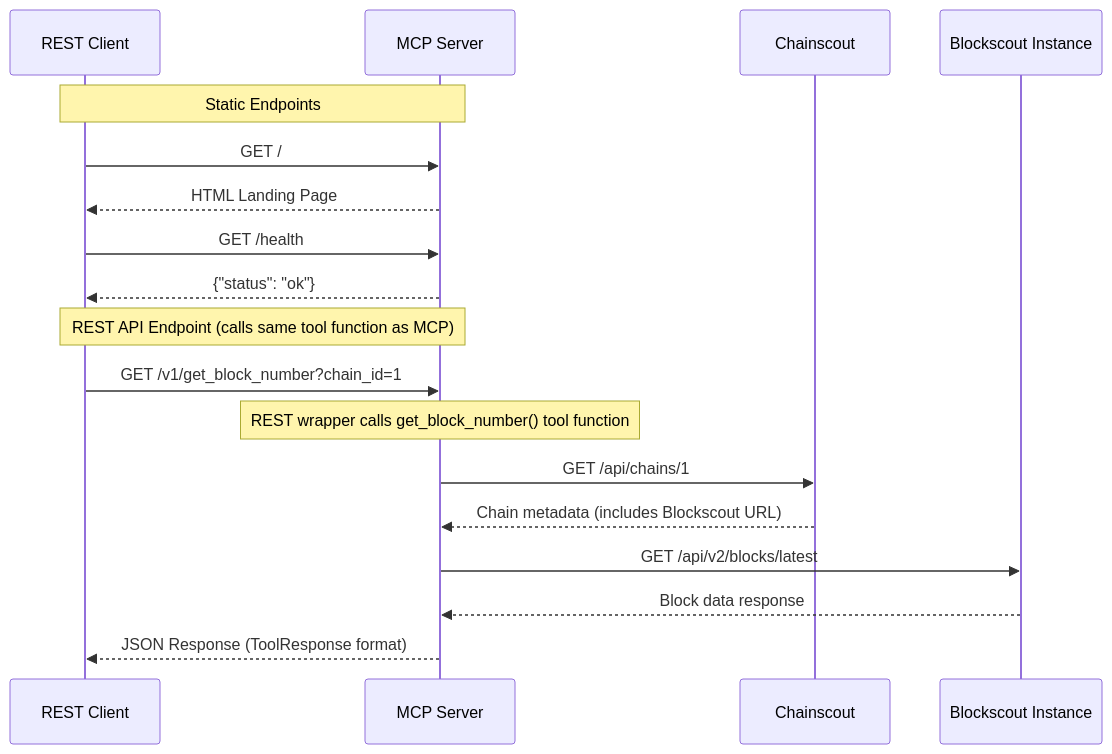
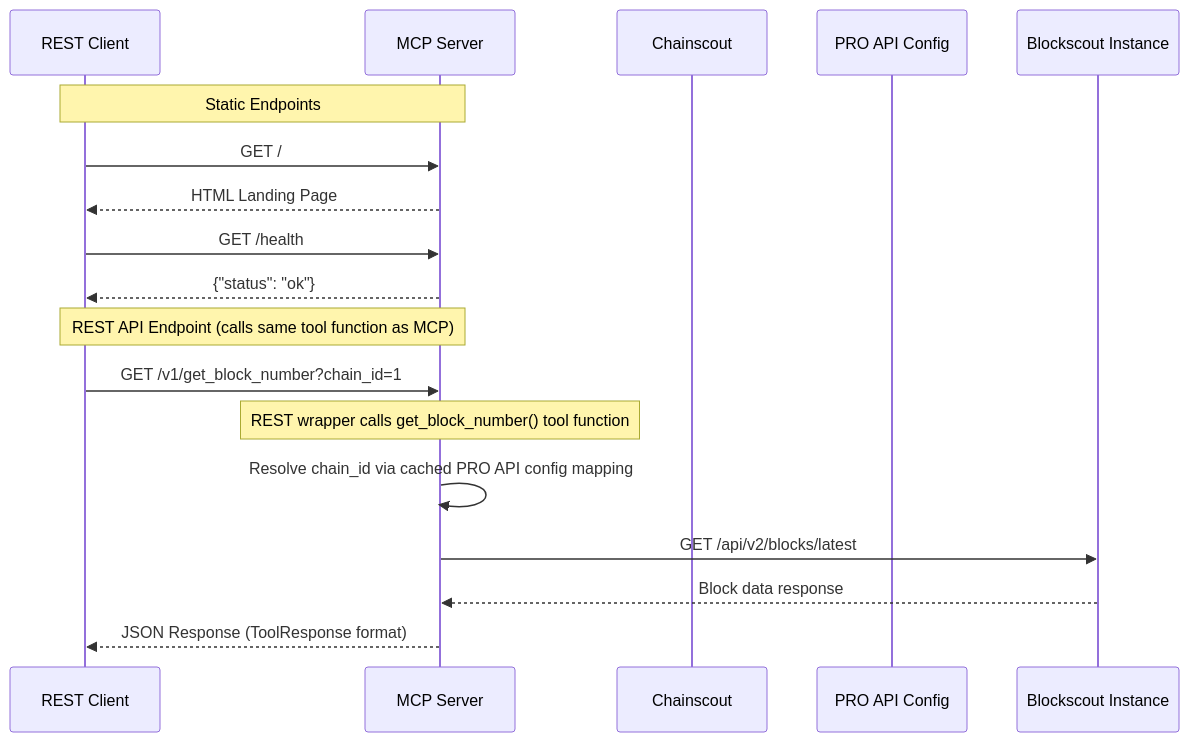
One commit to blockscout/mcp-server changed the second of 3 diagrams in SPEC.md. Above: the diagram before and after it, drawn with Mermaid. The commit also changed other lines of this file and 23 other files, not shown here.

Commit message:
Use PRO API config as authoritative chain source (#369)

````diff
--- a/SPEC.md
+++ b/SPEC.md
@@ -118,23 +124,23 @@
 ```mermaid
 sequenceDiagram
     participant REST as REST Client
     participant MCP as MCP Server
     participant CS as Chainscout
+    participant ProAPI as PRO API Config
     participant BS as Blockscout Instance
 
     Note over REST, MCP: Static Endpoints
     REST->>MCP: GET /
     MCP-->>REST: HTML Landing Page
 
     REST->>MCP: GET /health
     MCP-->>REST: {"status": "ok"}
 
     Note over REST, MCP: REST API Endpoint (calls same tool function as MCP)
     REST->>MCP: GET /v1/get_block_number?chain_id=1
     Note over MCP: REST wrapper calls get_block_number() tool function
-    MCP->>CS: GET /api/chains/1
-    CS-->>MCP: Chain metadata (includes Blockscout URL)
+    MCP->>MCP: Resolve chain_id via cached PRO API config mapping
     MCP->>BS: GET /api/v2/blocks/latest
     BS-->>MCP: Block data response
     MCP-->>REST: JSON Response (ToolResponse format)
 ```
````
